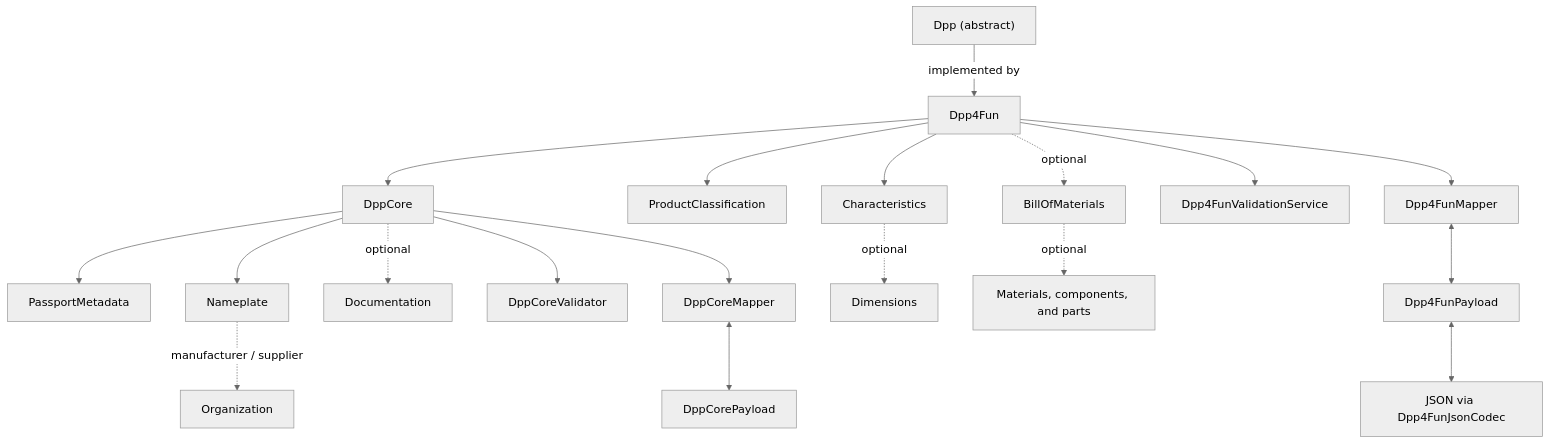
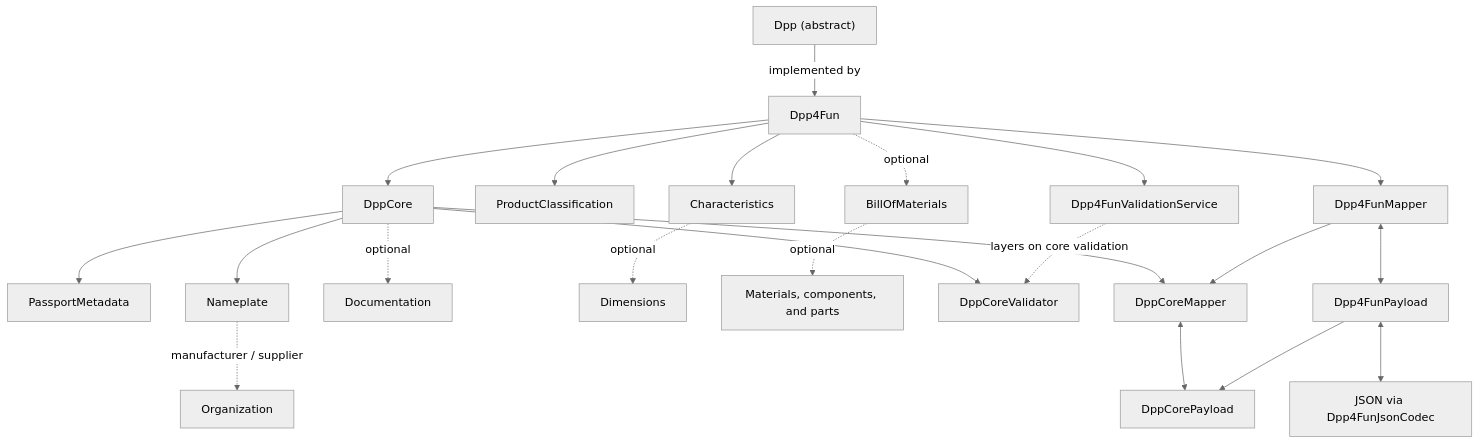
Before and after one commit to CIR4FUN-EU/java-dpp-sdk: the diagram in dpp-datamodel/README.md, drawn with Mermaid (neutral theme). The commit also changed 3 other files, not shown here.

Commit message:
docs: align architecture diagrams with runtime

````diff
--- a/dpp-datamodel/README.md
+++ b/dpp-datamodel/README.md
@@ -7,21 +7,24 @@
 ```mermaid
 flowchart TD
     D["Dpp (abstract)"] -->|implemented by| F["Dpp4Fun"]
     F --> C["DppCore"]
     F --> PC["ProductClassification"]
     F --> CH["Characteristics"]
     F -. optional .-> B["BillOfMaterials"]
     C --> M["PassportMetadata"]
     C --> N["Nameplate"]
     C -. optional .-> DOC["Documentation"]
     N -. manufacturer / supplier .-> O["Organization"]
     CH -. optional .-> DIM["Dimensions"]
     B -. optional .-> BOM["Materials, components, and parts"]
     C --> CV["DppCoreValidator"]
     C --> CM["DppCoreMapper"]
     CM <--> CP["DppCorePayload"]
     F --> FV["Dpp4FunValidationService"]
+    FV -. layers on core validation .-> CV
     F --> FM["Dpp4FunMapper"]
     FM <--> FP["Dpp4FunPayload"]
+    FM --> CM
+    FP --> CP
     FP <--> JSON["JSON via Dpp4FunJsonCodec"]
 ```
````
